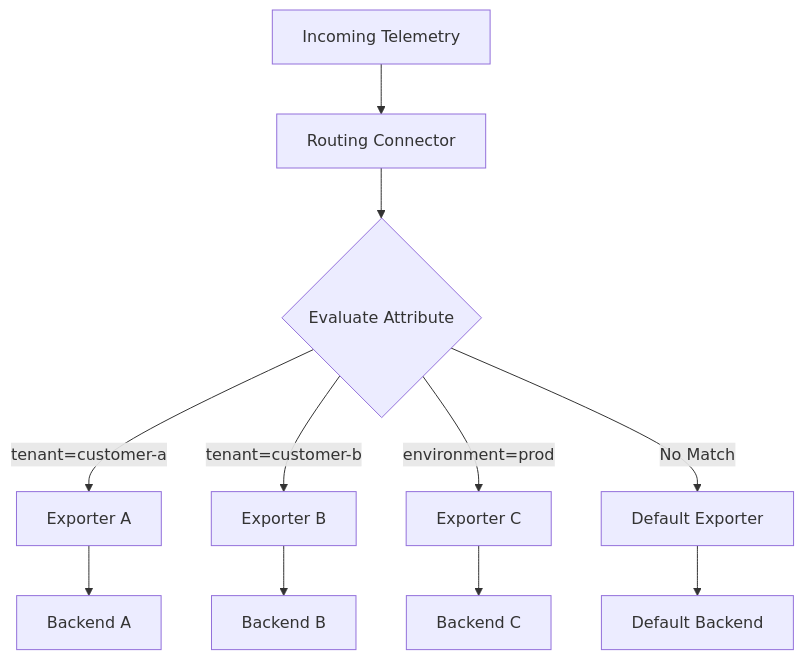
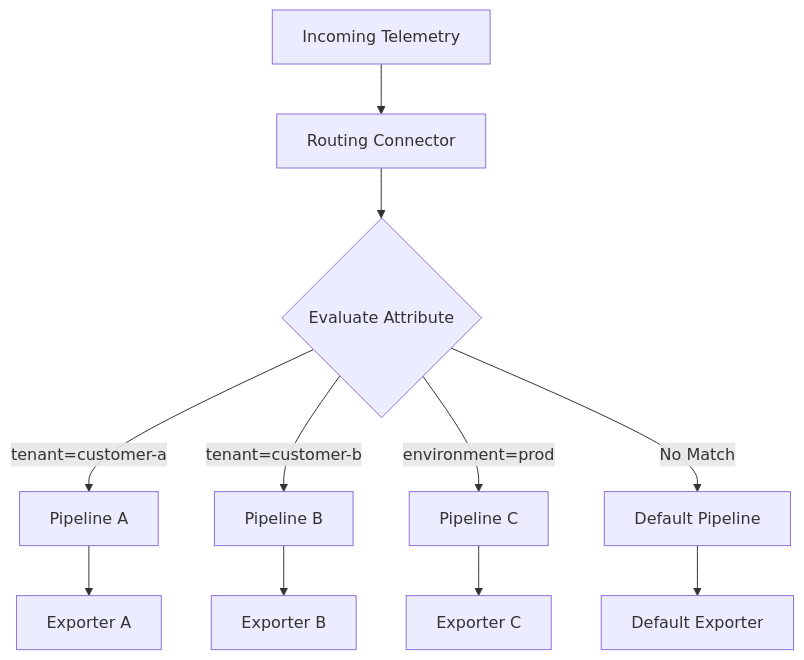
One commit to OneUptime/blog changed the diagram in posts/2026-02-06-routing-connector-opentelemetry-collector/README.md. Above: the diagram before and after it, drawn with Mermaid. The commit also changed other lines of this file and 2 other files, not shown here.

````diff
--- a/posts/2026-02-06-routing-connector-opentelemetry-collector/README.md
+++ b/posts/2026-02-06-routing-connector-opentelemetry-collector/README.md
@@ -27,13 +27,13 @@
 ```mermaid
 graph TB
     A[Incoming Telemetry] --> B[Routing Connector]
     B --> C{Evaluate Attribute}
-    C -->|tenant=customer-a| D[Exporter A]
-    C -->|tenant=customer-b| E[Exporter B]
-    C -->|environment=prod| F[Exporter C]
-    C -->|No Match| G[Default Exporter]
-    D --> H[Backend A]
-    E --> I[Backend B]
-    F --> J[Backend C]
-    G --> K[Default Backend]
+    C -->|tenant=customer-a| D[Pipeline A]
+    C -->|tenant=customer-b| E[Pipeline B]
+    C -->|environment=prod| F[Pipeline C]
+    C -->|No Match| G[Default Pipeline]
+    D --> H[Exporter A]
+    E --> I[Exporter B]
+    F --> J[Exporter C]
+    G --> K[Default Exporter]
 ```
````
